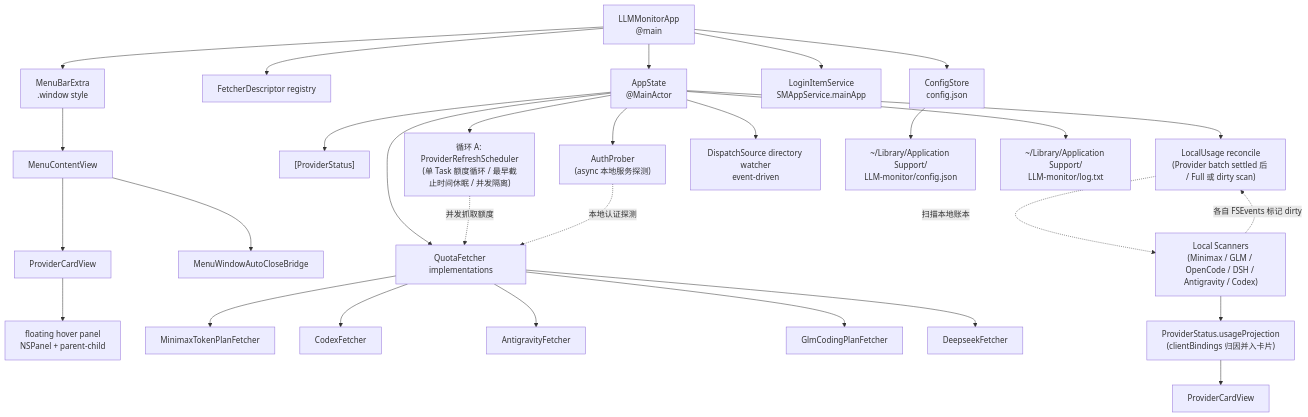
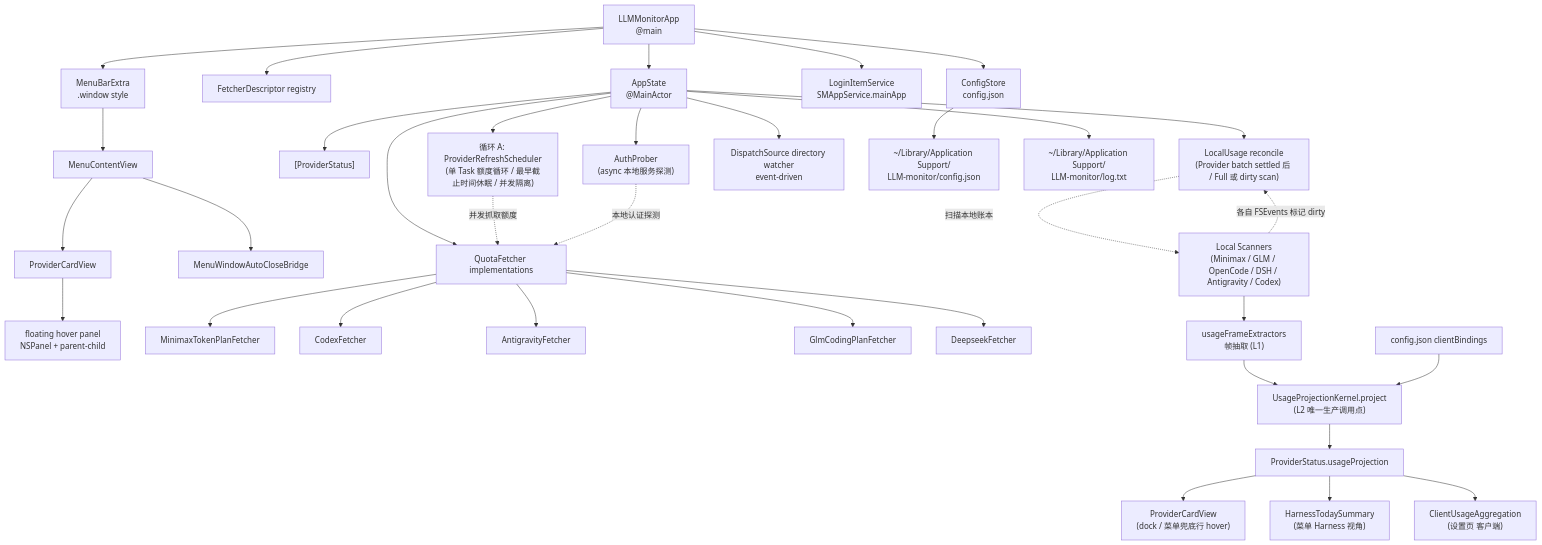
The diagram in spec/overview.md (bigboyq/LLM-monitor), drawn with Mermaid before and after one commit. The commit also changed other lines of this file and 6 other files, not shown here.

````diff
--- a/spec/overview.md
+++ b/spec/overview.md
@@ -175,37 +197,42 @@
 ```mermaid
 flowchart TD
   App["LLMMonitorApp\n@main"] --> MenuBar["MenuBarExtra\n.window style"]
   App --> Descriptors["FetcherDescriptor registry"]
   App --> ConfigStore["ConfigStore\nconfig.json"]
   App --> LoginItem["LoginItemService\nSMAppService.mainApp"]
   App --> AppState["AppState\n@MainActor"]
 
   MenuBar --> MenuContentView["MenuContentView"]
   MenuContentView --> ProviderCardView["ProviderCardView"]
   MenuContentView --> AutoClose["MenuWindowAutoCloseBridge"]
   ProviderCardView --> HoverPanel["floating hover panel\nNSPanel + parent-child"]
 
   AppState --> Statuses["[ProviderStatus]"]
   AppState --> LoopA["循环 A: ProviderRefreshScheduler\n(单 Task 额度循环 / 最早截止时间休眠 / 并发隔离)"]
   AppState --> Reconcile["LocalUsage reconcile\n(Provider batch settled 后 / Full 或 dirty scan)"]
   AppState --> Prober["AuthProber\n(async 本地服务探测)"]
   AppState --> Watcher["DispatchSource directory watcher\nevent-driven"]
   AppState --> Fetchers["QuotaFetcher implementations"]
 
   LoopA -. 并发抓取额度 .-> Fetchers
   Prober -. 本地认证探测 .-> Fetchers
   Reconcile -. 扫描本地账本 .-> Scanners["Local Scanners\n(Minimax / GLM / OpenCode / DSH / Antigravity / Codex)"]
   Scanners -. 各自 FSEvents 标记 dirty .-> Reconcile
 
   Fetchers --> Minimax["MinimaxTokenPlanFetcher"]
   Fetchers --> Codex["CodexFetcher"]
   Fetchers --> Antigravity["AntigravityFetcher"]
   Fetchers --> GLM["GlmCodingPlanFetcher"]
   Fetchers --> Deepseek["DeepseekFetcher"]
 
-  Scanners --> Projection["ProviderStatus.usageProjection\n(clientBindings 归因并入卡片)"]
-  Projection --> ProviderCard["ProviderCardView"]
+  Scanners --> Frames["usageFrameExtractors\n帧抽取 (L1)"]
+  Frames --> Kernel["UsageProjectionKernel.project\n(L2 唯一生产调用点)"]
+  ConfigBindings["config.json clientBindings"] --> Kernel
+  Kernel --> Projection["ProviderStatus.usageProjection"]
+  Projection --> ProviderCard["ProviderCardView\n(dock / 菜单兜底行 hover)"]
+  Projection --> Harness["HarnessTodaySummary\n(菜单 Harness 视角)"]
+  Projection --> ClientsPane["ClientUsageAggregation\n(设置页 客户端)"]
 
   ConfigStore --> ConfigFile["~/Library/Application Support/\nLLM-monitor/config.json"]
   AppState --> LogFile["~/Library/Application Support/\nLLM-monitor/log.txt"]
 ```
````
